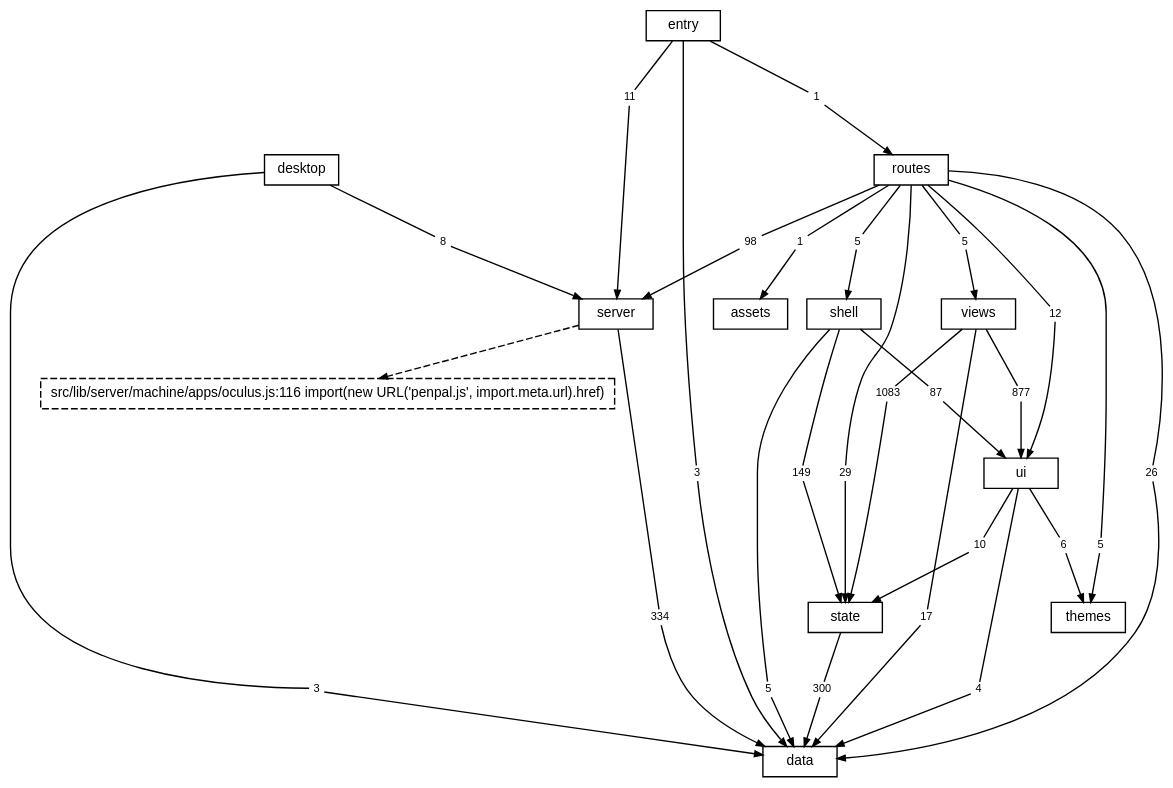
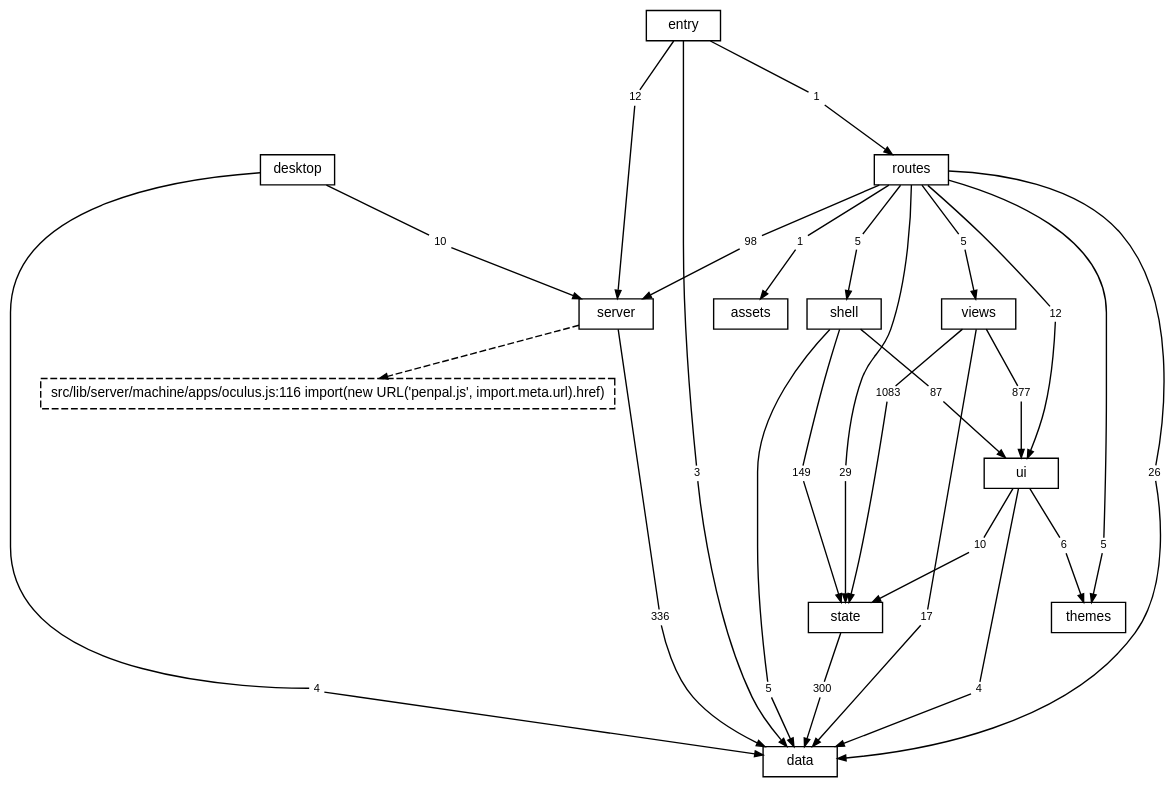
The diagram in docs/diagrams/layers.dot (TheAxeC/oculus), drawn with Graphviz before and after one commit. The commit also changed 44 other files, not shown here.

```diff
--- a/docs/diagrams/layers.dot
+++ b/docs/diagrams/layers.dot
@@ -1,90 +1,90 @@
 digraph layers {
     graph [bgcolor="transparent", rankdir=TB, newrank=true, fontname="Helvetica,Arial,sans-serif", fontsize=12, nodesep=0.2, ranksep=0.5];
     node [shape=box, color="black", fontcolor="black", fontname="Helvetica,Arial,sans-serif", fontsize=10, height=0.3, margin="0.12,0.04"];
     edge [color="black", fontcolor="black", fontname="Helvetica,Arial,sans-serif", fontsize=8, arrowsize=0.6];
     "data";
     "server";
     "state";
     "ui";
     "shell";
     "views";
     "themes";
     "routes";
     "desktop";
     "src" [label="entry"];
     "files: assets" [label="assets"];
     "? src/lib/server/machine/apps/oculus.js:116" [label="src/lib/server/machine/apps/oculus.js:116 import(new URL('penpal.js', import.meta.url).href)", style=dashed];
-    "desktop to data" [label="3", shape=box, color="transparent", fontsize=8, width=0, height=0, margin="0.04,0.02"];
+    "desktop to data" [label="4", shape=box, color="transparent", fontsize=8, width=0, height=0, margin="0.04,0.02"];
     "desktop" -> "desktop to data" [arrowhead=none];
     "desktop to data" -> "data" [];
-    "desktop to server" [label="8", shape=box, color="transparent", fontsize=8, width=0, height=0, margin="0.04,0.02"];
+    "desktop to server" [label="10", shape=box, color="transparent", fontsize=8, width=0, height=0, margin="0.04,0.02"];
     "desktop" -> "desktop to server" [arrowhead=none];
     "desktop to server" -> "server" [];
     "routes to data" [label="26", shape=box, color="transparent", fontsize=8, width=0, height=0, margin="0.04,0.02"];
     "routes" -> "routes to data" [arrowhead=none];
     "routes to data" -> "data" [];
     "routes to files: assets" [label="1", shape=box, color="transparent", fontsize=8, width=0, height=0, margin="0.04,0.02"];
     "routes" -> "routes to files: assets" [arrowhead=none];
     "routes to files: assets" -> "files: assets" [];
     "routes to server" [label="98", shape=box, color="transparent", fontsize=8, width=0, height=0, margin="0.04,0.02"];
     "routes" -> "routes to server" [arrowhead=none];
     "routes to server" -> "server" [];
     "routes to shell" [label="5", shape=box, color="transparent", fontsize=8, width=0, height=0, margin="0.04,0.02"];
     "routes" -> "routes to shell" [arrowhead=none];
     "routes to shell" -> "shell" [];
     "routes to state" [label="29", shape=box, color="transparent", fontsize=8, width=0, height=0, margin="0.04,0.02"];
     "routes" -> "routes to state" [arrowhead=none];
     "routes to state" -> "state" [];
     "routes to themes" [label="5", shape=box, color="transparent", fontsize=8, width=0, height=0, margin="0.04,0.02"];
     "routes" -> "routes to themes" [arrowhead=none];
     "routes to themes" -> "themes" [];
     "routes to ui" [label="12", shape=box, color="transparent", fontsize=8, width=0, height=0, margin="0.04,0.02"];
     "routes" -> "routes to ui" [arrowhead=none];
     "routes to ui" -> "ui" [];
     "routes to views" [label="5", shape=box, color="transparent", fontsize=8, width=0, height=0, margin="0.04,0.02"];
     "routes" -> "routes to views" [arrowhead=none];
     "routes to views" -> "views" [];
-    "server to data" [label="334", shape=box, color="transparent", fontsize=8, width=0, height=0, margin="0.04,0.02"];
+    "server to data" [label="336", shape=box, color="transparent", fontsize=8, width=0, height=0, margin="0.04,0.02"];
     "server" -> "server to data" [arrowhead=none];
     "server to data" -> "data" [];
     "shell to data" [label="5", shape=box, color="transparent", fontsize=8, width=0, height=0, margin="0.04,0.02"];
     "shell" -> "shell to data" [arrowhead=none];
     "shell to data" -> "data" [];
     "shell to state" [label="149", shape=box, color="transparent", fontsize=8, width=0, height=0, margin="0.04,0.02"];
     "shell" -> "shell to state" [arrowhead=none];
     "shell to state" -> "state" [];
     "shell to ui" [label="87", shape=box, color="transparent", fontsize=8, width=0, height=0, margin="0.04,0.02"];
     "shell" -> "shell to ui" [arrowhead=none];
     "shell to ui" -> "ui" [];
     "src to data" [label="3", shape=box, color="transparent", fontsize=8, width=0, height=0, margin="0.04,0.02"];
     "src" -> "src to data" [arrowhead=none];
     "src to data" -> "data" [];
     "src to routes" [label="1", shape=box, color="transparent", fontsize=8, width=0, height=0, margin="0.04,0.02"];
     "src" -> "src to routes" [arrowhead=none];
     "src to routes" -> "routes" [];
-    "src to server" [label="11", shape=box, color="transparent", fontsize=8, width=0, height=0, margin="0.04,0.02"];
+    "src to server" [label="12", shape=box, color="transparent", fontsize=8, width=0, height=0, margin="0.04,0.02"];
     "src" -> "src to server" [arrowhead=none];
     "src to server" -> "server" [];
     "state to data" [label="300", shape=box, color="transparent", fontsize=8, width=0, height=0, margin="0.04,0.02"];
     "state" -> "state to data" [arrowhead=none];
     "state to data" -> "data" [];
     "ui to data" [label="4", shape=box, color="transparent", fontsize=8, width=0, height=0, margin="0.04,0.02"];
     "ui" -> "ui to data" [arrowhead=none];
     "ui to data" -> "data" [];
     "ui to state" [label="10", shape=box, color="transparent", fontsize=8, width=0, height=0, margin="0.04,0.02"];
     "ui" -> "ui to state" [arrowhead=none];
     "ui to state" -> "state" [];
     "ui to themes" [label="6", shape=box, color="transparent", fontsize=8, width=0, height=0, margin="0.04,0.02"];
     "ui" -> "ui to themes" [arrowhead=none];
     "ui to themes" -> "themes" [];
     "views to data" [label="17", shape=box, color="transparent", fontsize=8, width=0, height=0, margin="0.04,0.02"];
     "views" -> "views to data" [arrowhead=none];
     "views to data" -> "data" [];
     "views to state" [label="1083", shape=box, color="transparent", fontsize=8, width=0, height=0, margin="0.04,0.02"];
     "views" -> "views to state" [arrowhead=none];
     "views to state" -> "state" [];
     "views to ui" [label="877", shape=box, color="transparent", fontsize=8, width=0, height=0, margin="0.04,0.02"];
     "views" -> "views to ui" [arrowhead=none];
     "views to ui" -> "ui" [];
     "server" -> "? src/lib/server/machine/apps/oculus.js:116" [style=dashed];
 }
```
